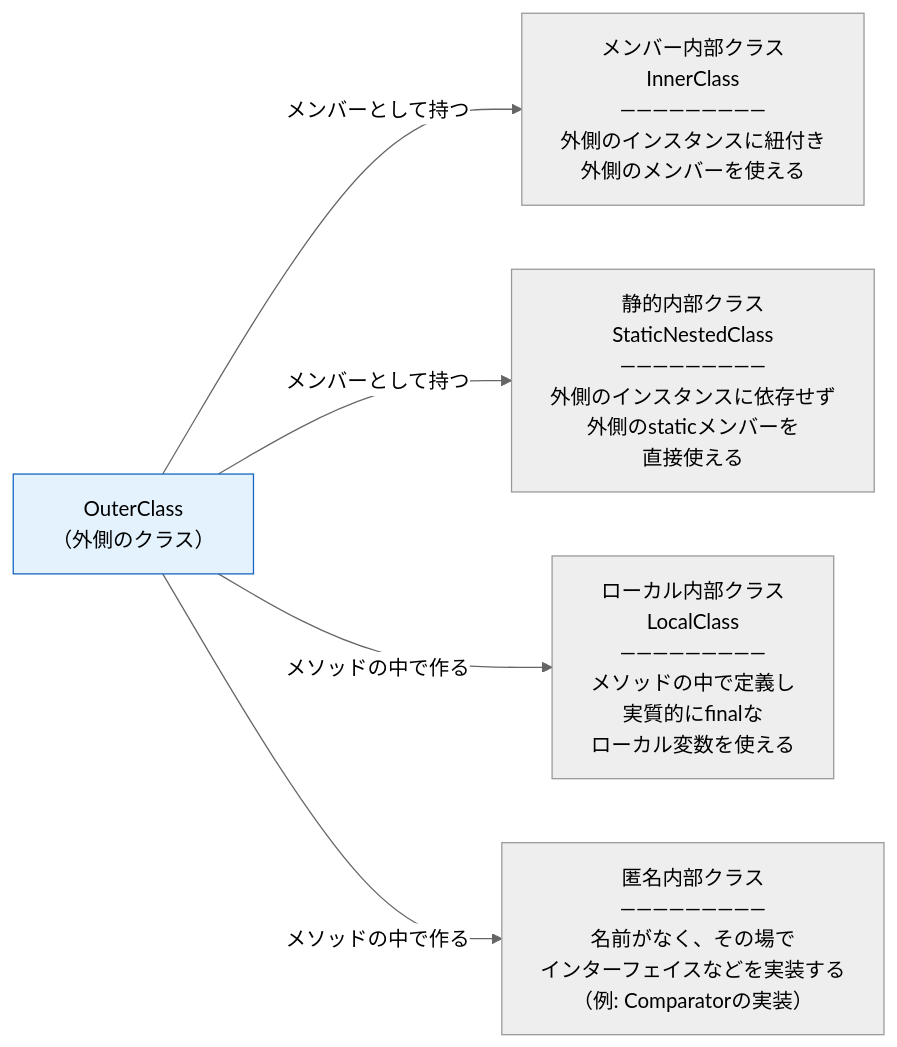
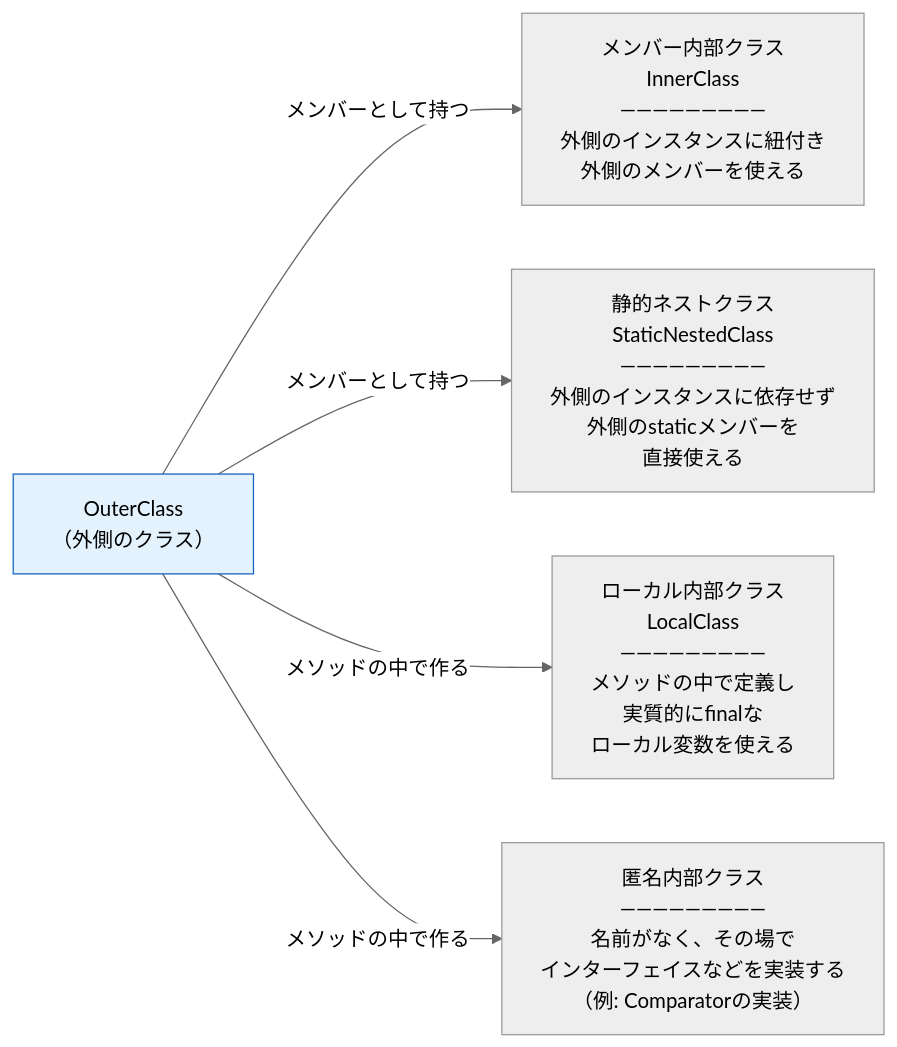
Before and after one commit to Nagatani/techbook-java-primer: the diagram in docs/diagrams/chapter08-inner-class-hierarchy.mmd, drawn with Mermaid (neutral theme). The commit also changed 13 other files, not shown here.

```diff
--- a/docs/diagrams/chapter08-inner-class-hierarchy.mmd
+++ b/docs/diagrams/chapter08-inner-class-hierarchy.mmd
@@ -1,18 +1,18 @@
 ---
 config:
   flowchart:
     wrappingWidth: 320
 ---
 flowchart LR
     outer["OuterClass<br/>（外側のクラス）"]
     inner["メンバー内部クラス<br/>InnerClass<br/>―――――――――<br/>外側のインスタンスに紐付き<br/>外側のメンバーを使える"]
-    nested["静的内部クラス<br/>StaticNestedClass<br/>―――――――――<br/>外側のインスタンスに依存せず<br/>外側のstaticメンバーを<br/>直接使える"]
+    nested["静的ネストクラス<br/>StaticNestedClass<br/>―――――――――<br/>外側のインスタンスに依存せず<br/>外側のstaticメンバーを<br/>直接使える"]
     local["ローカル内部クラス<br/>LocalClass<br/>―――――――――<br/>メソッドの中で定義し<br/>実質的にfinalな<br/>ローカル変数を使える"]
     anon["匿名内部クラス<br/>―――――――――<br/>名前がなく、その場で<br/>インターフェイスなどを実装する<br/>（例: Comparatorの実装）"]
 
     outer -->|"メンバーとして持つ"| inner
     outer -->|"メンバーとして持つ"| nested
     outer -->|"メソッドの中で作る"| local
     outer -->|"メソッドの中で作る"| anon
 
     style outer fill:#e3f2fd,stroke:#1565c0
```
